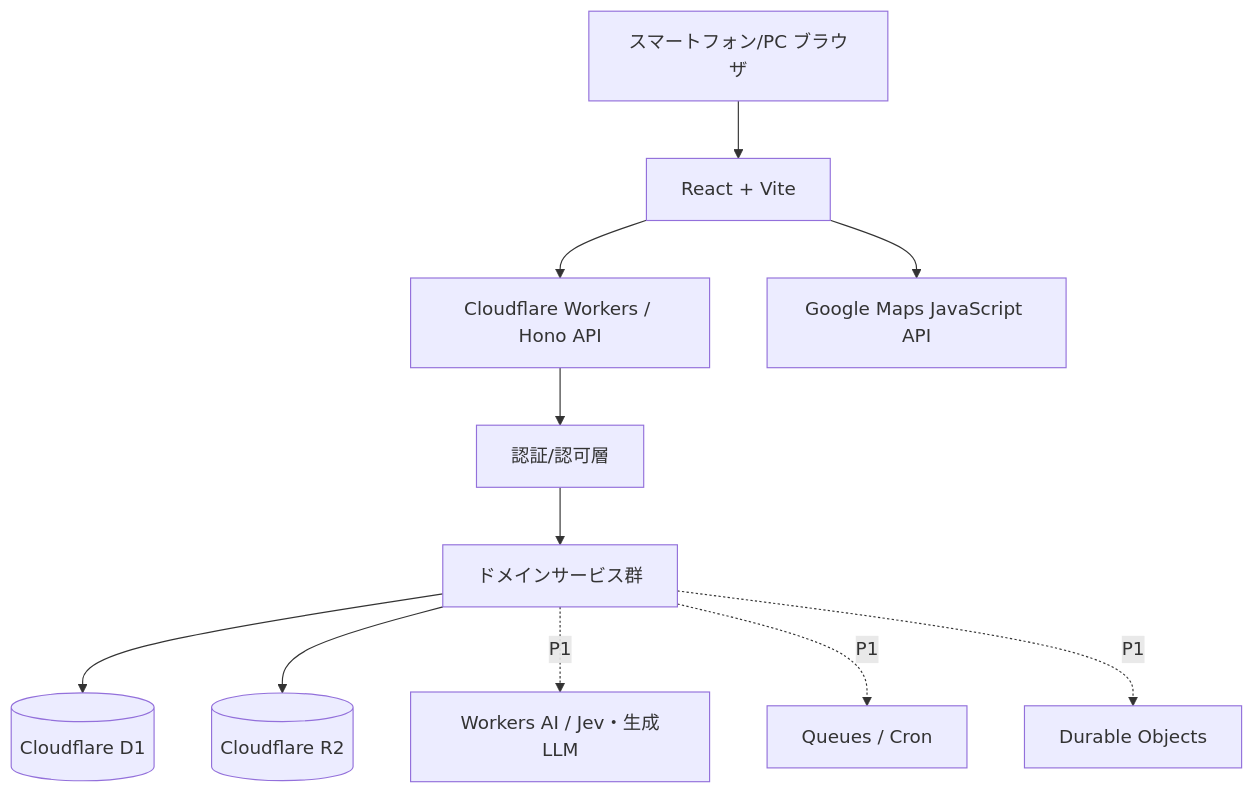
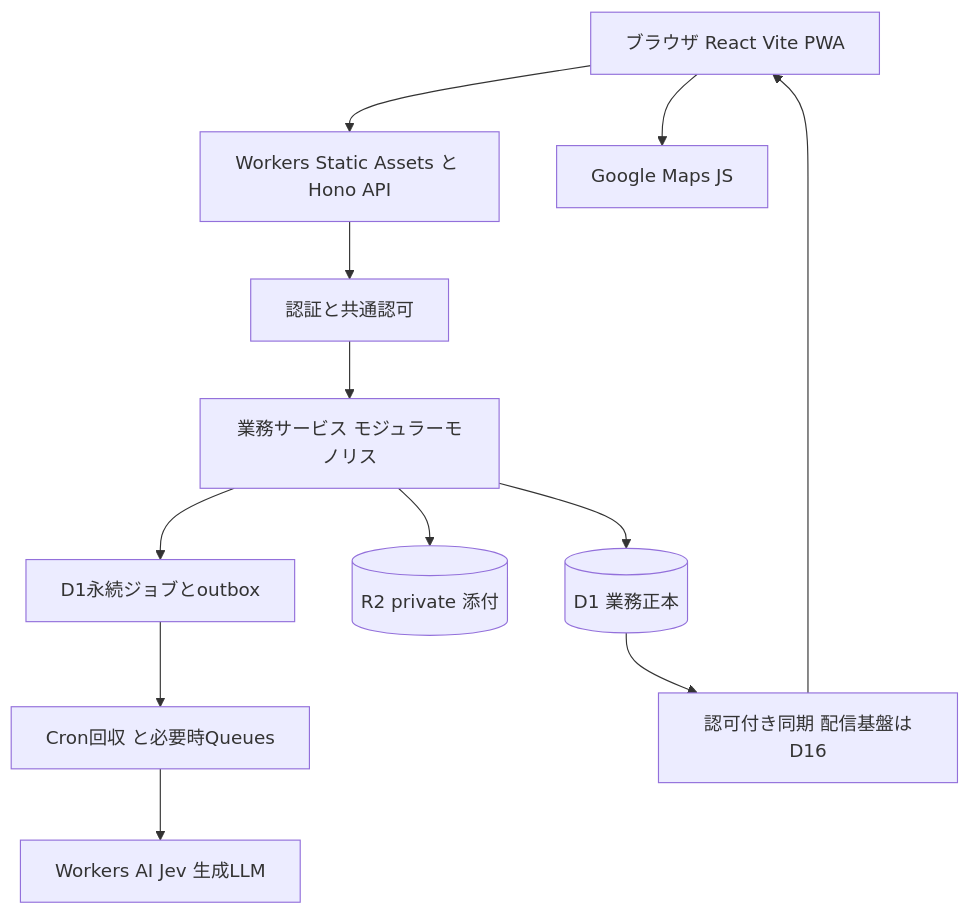
The diagram in docs/02_基本設計書.md (misty-swan/fire-os), drawn with Mermaid before and after one commit. The commit also changed other lines of this file and 18 other files, not shown here.

````diff
--- a/docs/02_基本設計書.md
+++ b/docs/02_基本設計書.md
@@ -7,13 +7,14 @@
 ```mermaid
 flowchart TD
-  Browser[スマートフォン/PC ブラウザ] --> Front[React + Vite]
-  Front --> Api[Cloudflare Workers / Hono API]
-  Front --> Google[Google Maps JavaScript API]
-  Api --> Auth[認証/認可層]
-  Auth --> Service[ドメインサービス群]
-  Service --> DB[(Cloudflare D1)]
-  Service --> Storage[(Cloudflare R2)]
-  Service -. P1 .-> AI[Workers AI / Jev・生成LLM]
-  Service -. P1 .-> Queue[Queues / Cron]
-  Service -. P1 .-> DO[Durable Objects]
+  B[ブラウザ React Vite PWA] --> W[Workers Static Assets と Hono API]
+  B --> M[Google Maps JS]
+  W --> A[認証と共通認可]
+  A --> S[業務サービス モジュラーモノリス]
+  S --> D[(D1 業務正本)]
+  S --> R[(R2 private 添付)]
+  S --> J[D1永続ジョブとoutbox]
+  J --> C[Cron回収 と必要時Queues]
+  C --> AI[Workers AI Jev 生成LLM]
+  D --> RT[認可付き同期 配信基盤はD16]
+  RT --> B
 ```
````
